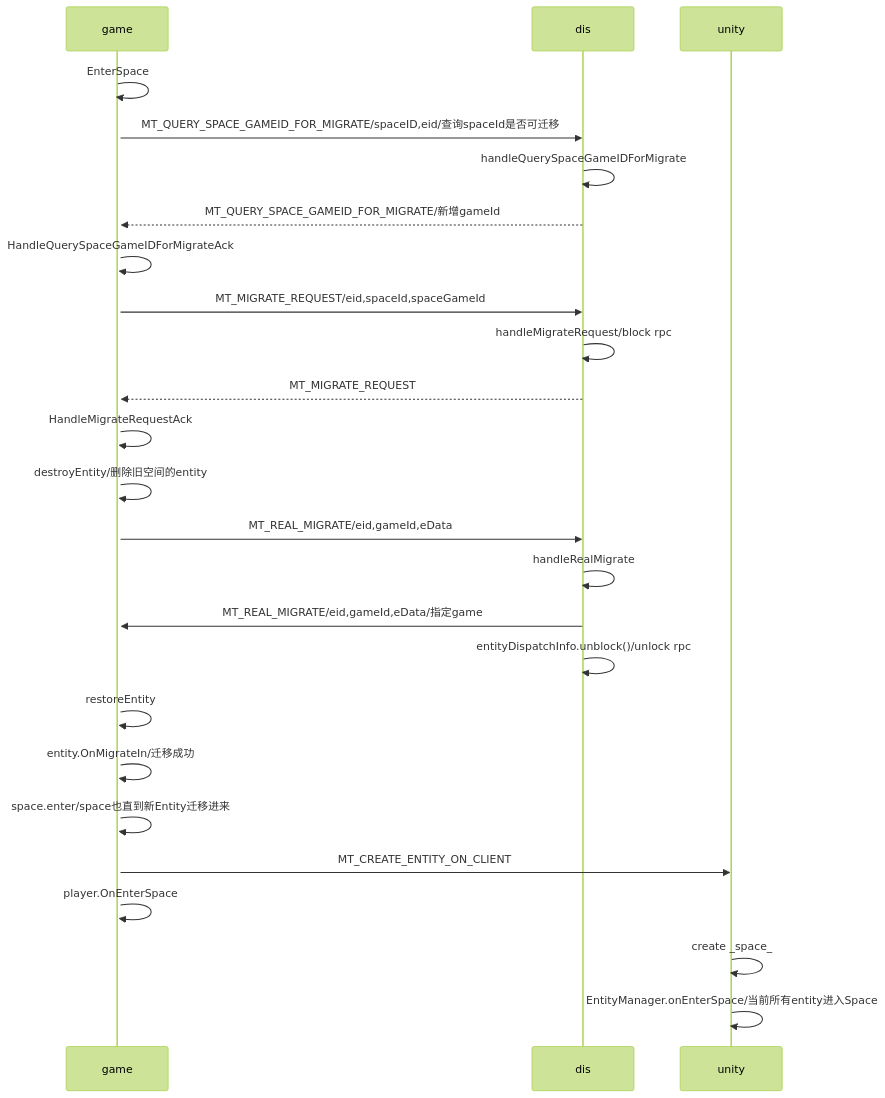
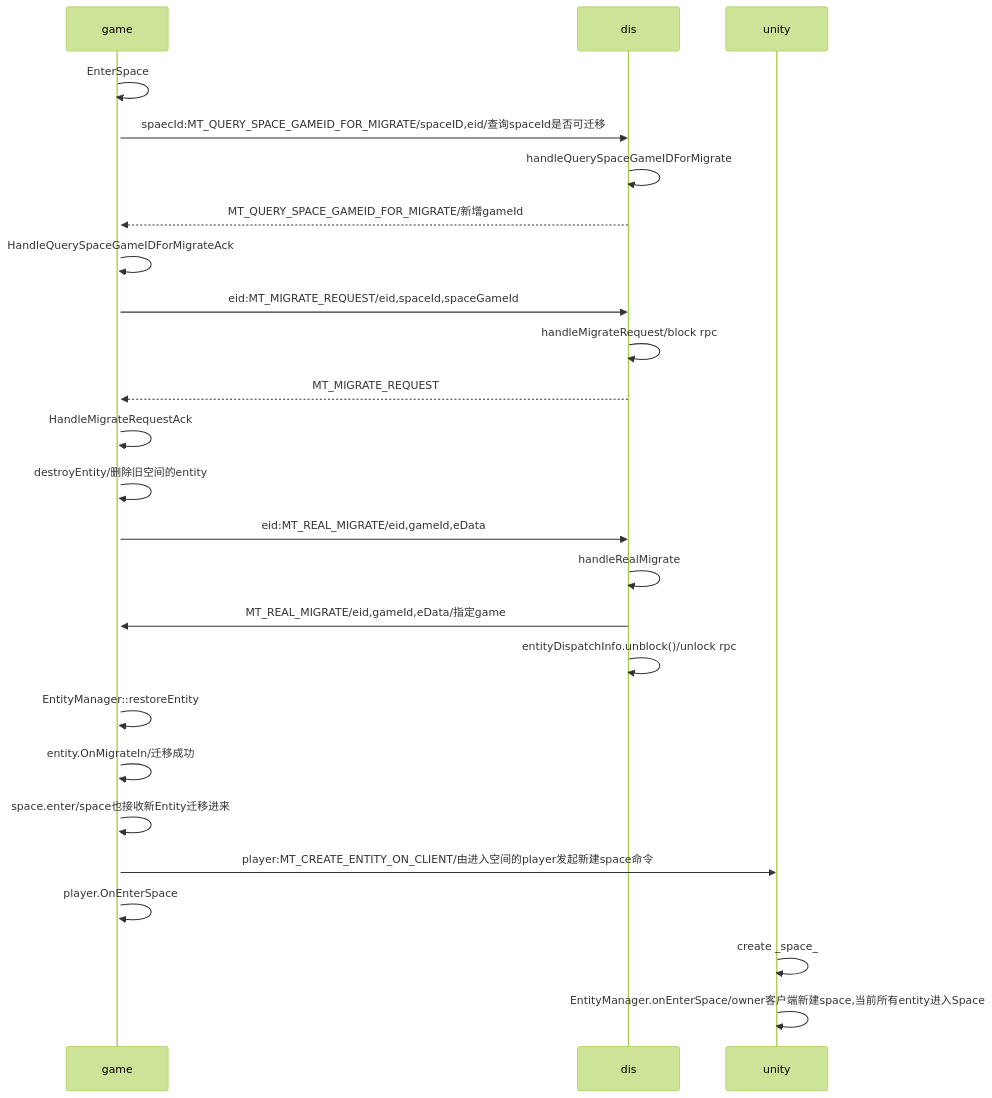
The second of 5 diagrams in 9.项目阅读笔记/4.3entity.md (hammercui/book-list), drawn with Mermaid (forest theme) before and after one commit. The commit also changed other lines of this file and 8 other files, not shown here.

````diff
--- a/9.项目阅读笔记/4.3entity.md
+++ b/9.项目阅读笔记/4.3entity.md
@@ -28,29 +29,27 @@
 ```mermaid
 sequenceDiagram
     participant game
     participant dis
     participant unity
     game ->> + game: EnterSpace
-    game ->> dis: MT_QUERY_SPACE_GAMEID_FOR_MIGRATE/spaceID,eid/查询spaceId是否可迁移
+    game ->> dis: spaecId:MT_QUERY_SPACE_GAMEID_FOR_MIGRATE/spaceID,eid/查询spaceId是否可迁移
     dis  ->> dis: handleQuerySpaceGameIDForMigrate
     dis -->> game: MT_QUERY_SPACE_GAMEID_FOR_MIGRATE/新增gameId
     game ->> game: HandleQuerySpaceGameIDForMigrateAck
-    game ->> dis: MT_MIGRATE_REQUEST/eid,spaceId,spaceGameId
+    game ->> dis: eid:MT_MIGRATE_REQUEST/eid,spaceId,spaceGameId
     dis ->> dis: handleMigrateRequest/block rpc
     dis -->> game: MT_MIGRATE_REQUEST
     game ->> game: HandleMigrateRequestAck
     game ->> game: destroyEntity/删除旧空间的entity
-    game ->> dis: MT_REAL_MIGRATE/eid,gameId,eData
+    game ->> dis: eid:MT_REAL_MIGRATE/eid,gameId,eData
     dis ->> dis: handleRealMigrate
     dis ->> game:MT_REAL_MIGRATE/eid,gameId,eData/指定game
     dis ->> dis: entityDispatchInfo.unblock()/unlock rpc
-    game ->> game: restoreEntity
+    game ->> game: EntityManager::restoreEntity
     game ->> game: entity.OnMigrateIn/迁移成功
-    game ->> game: space.enter/space也直到新Entity迁移进来
-    game ->> unity: MT_CREATE_ENTITY_ON_CLIENT
+    game ->> game: space.enter/space也接收新Entity迁移进来
+    game ->> unity: player:MT_CREATE_ENTITY_ON_CLIENT/由进入空间的player发起新建space命令
     game ->> game: player.OnEnterSpace
     unity ->> unity: create _space_
-    unity ->> unity: EntityManager.onEnterSpace/当前所有entity进入Space
-
-
+    unity ->> unity: EntityManager.onEnterSpace/owner客户端新建space,当前所有entity进入Space
 ```
````
